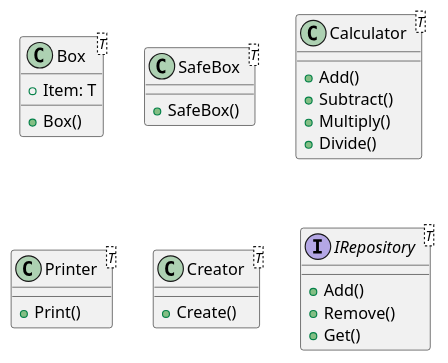
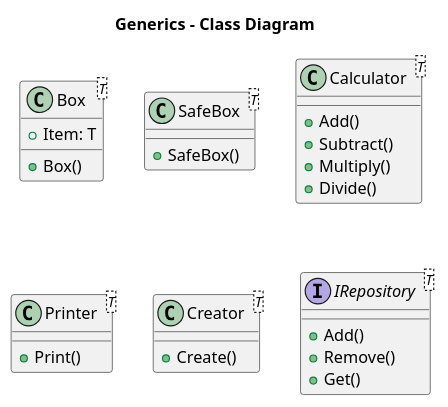
One commit to drccastillo/csharp-course changed the diagram in Generics/uml/generics-class-diagram.puml. Above: the diagram before and after it, drawn with PlantUML. The commit also changed 12 other files, not shown here.

```diff
--- a/Generics/uml/generics-class-diagram.puml
+++ b/Generics/uml/generics-class-diagram.puml
@@ -1,26 +1,27 @@
 @startuml
+title Generics - Class Diagram
 class Box<T> {
   +Box()
   +Item: T
 }
 class SafeBox<T> {
   +SafeBox()
 }
 class Calculator<T> {
   +Add()
   +Subtract()
   +Multiply()
   +Divide()
 }
 class Printer<T> {
   +Print()
 }
 class Creator<T> {
   +Create()
 }
 interface IRepository<T> {
   +Add()
   +Remove()
   +Get()
 }
 @enduml
```
